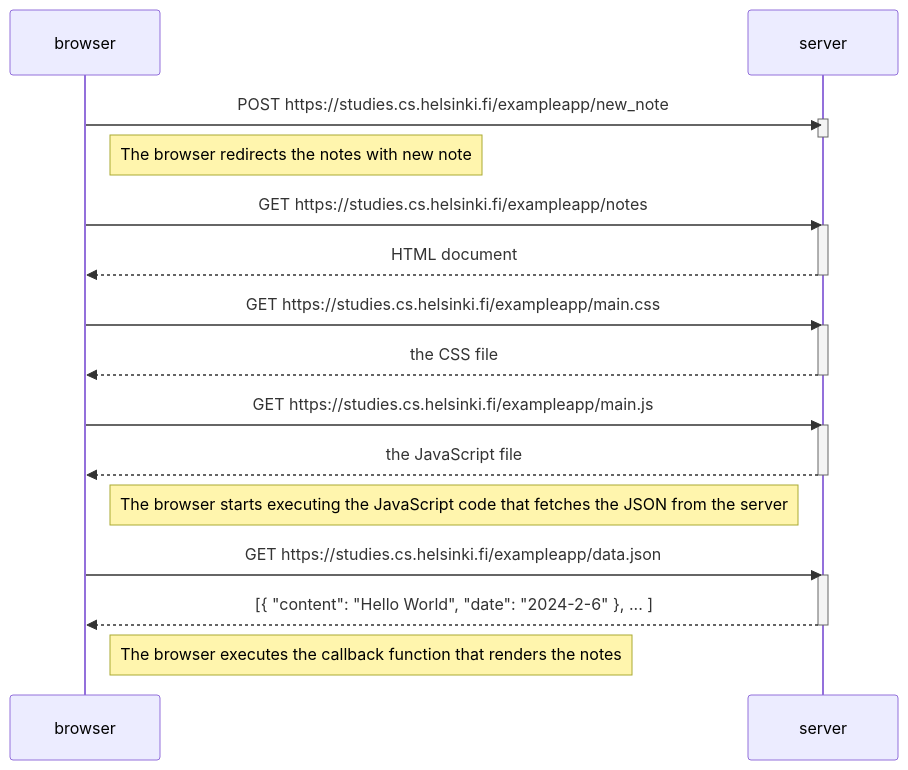
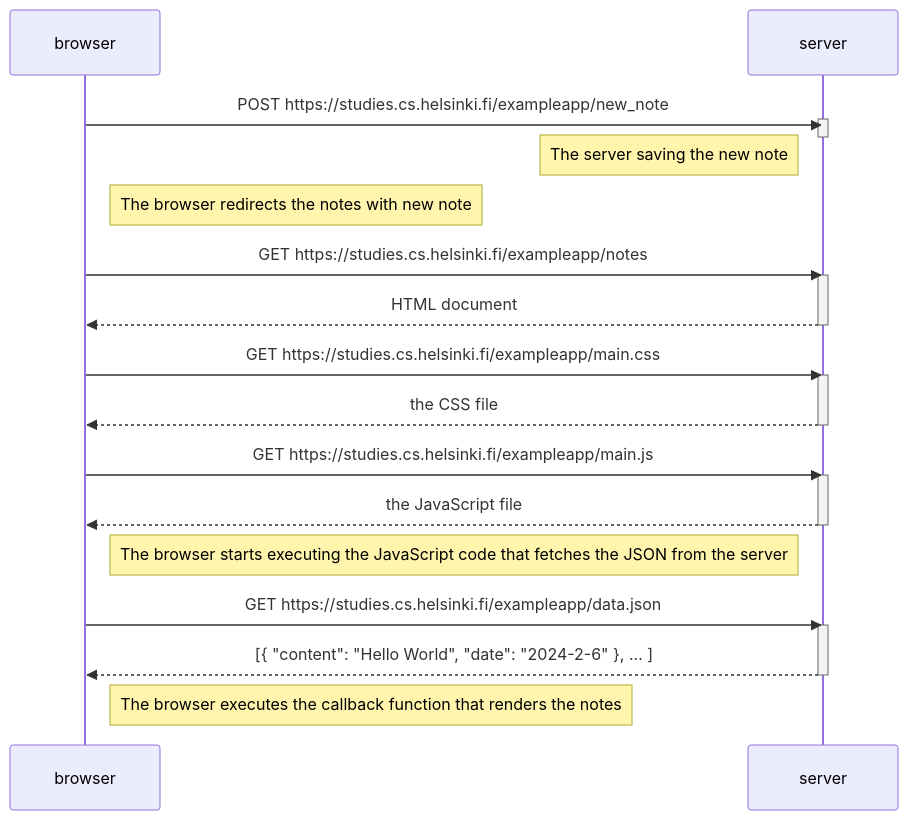
The diagram in part0/0.4.md (achmad-syidiq/fullstackopen2024), drawn with Mermaid before and after one commit.

Commit message:
revisi 0.4.md ke-3

````diff
--- a/part0/0.4.md
+++ b/part0/0.4.md
@@ -3,37 +3,39 @@
 ```mermaid
     sequenceDiagram
        
             participant browser
             participant server
 
             browser->>server : POST https://studies.cs.helsinki.fi/exampleapp/new_note
             activate server
             deactivate server
+            
+            Note left of server: The server saving the new note
 
             Note right of browser: The browser redirects the notes with new note
 
             
             browser->>server: GET https://studies.cs.helsinki.fi/exampleapp/notes
             activate server
             server-->>browser: HTML document
             deactivate server
 
             browser->>server: GET https://studies.cs.helsinki.fi/exampleapp/main.css
             activate server
             server-->>browser: the CSS file
             deactivate server
 
             browser->>server: GET https://studies.cs.helsinki.fi/exampleapp/main.js
             activate server
             server-->>browser: the JavaScript file
             deactivate server
 
             Note right of browser: The browser starts executing the JavaScript code that fetches the JSON from the server
 
             browser->>server: GET https://studies.cs.helsinki.fi/exampleapp/data.json
             activate server
             server-->>browser: [{ "content": "Hello World", "date": "2024-2-6" }, ... ]
             deactivate server
 
             Note right of browser: The browser executes the callback function that renders the notes
 ```
````
